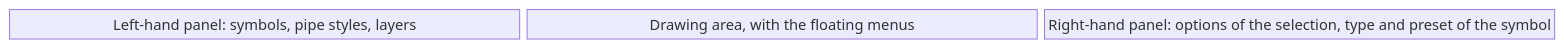
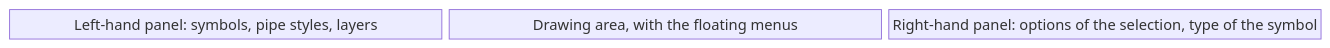
Before and after one commit to AlexandreGallais/synoptic-studio-spec: the first of 2 diagrams in symbols/03-editor/README.md, drawn with Mermaid. The commit also changed other lines of this file and 65 other files, not shown here.

````diff
--- a/symbols/03-editor/README.md
+++ b/symbols/03-editor/README.md
@@ -13,5 +13,5 @@
 ```mermaid
 block-beta
     columns 3
-    left["Left-hand panel: symbols, pipe styles, layers"] area["Drawing area, with the floating menus"] right["Right-hand panel: options of the selection, type and preset of the symbol"]
+    left["Left-hand panel: symbols, pipe styles, layers"] area["Drawing area, with the floating menus"] right["Right-hand panel: options of the selection, type of the symbol"]
 ```
````
